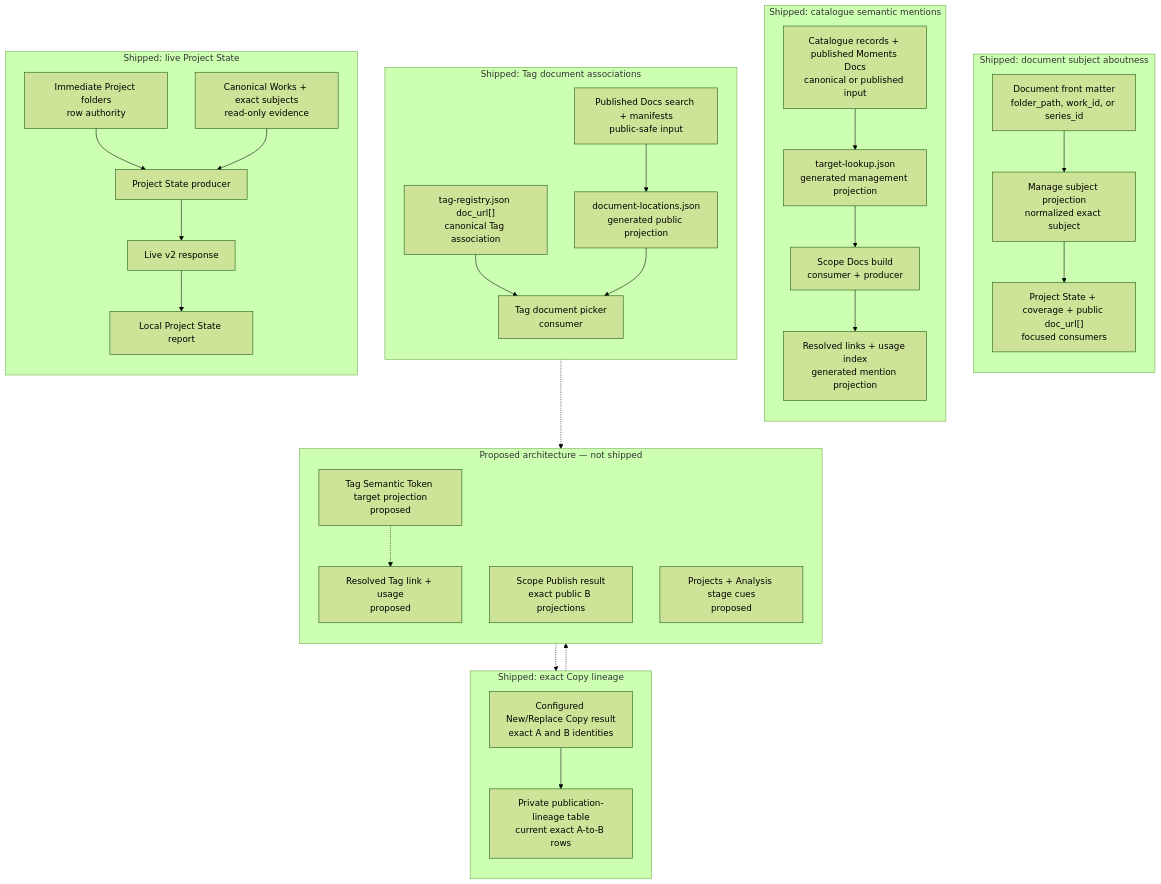
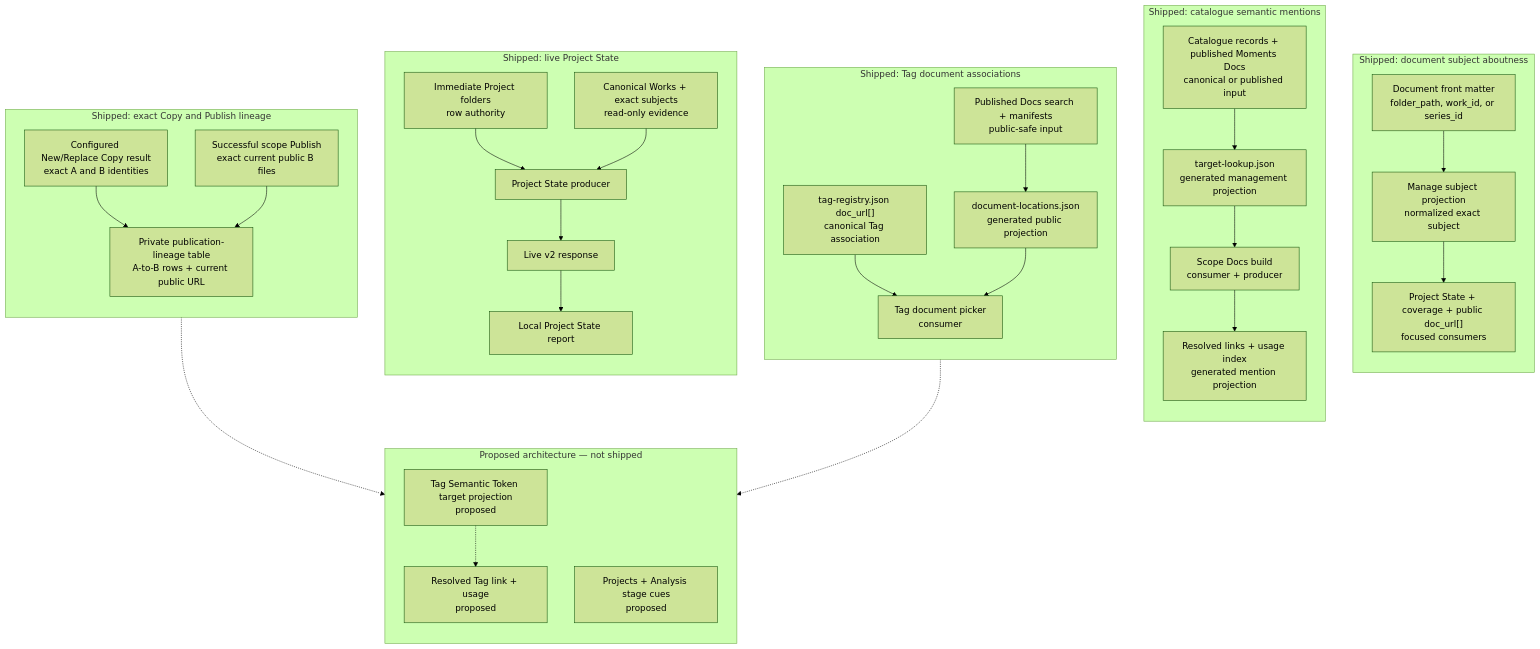
The diagram in docs-viewer/scopes/studio/source/documents/d-20260802-205912-16bc10.md (dotlineform/dotlineform-site), drawn with Mermaid (forest theme) before and after one commit. The commit also changed other lines of this file and 22 other files, not shown here.

Commit message:
SSP-7.3 — Reconcile Successful Publish

````diff
--- a/docs-viewer/scopes/studio/source/documents/d-20260802-205912-16bc10.md
+++ b/docs-viewer/scopes/studio/source/documents/d-20260802-205912-16bc10.md
@@ -19,60 +19,61 @@
 ```mermaid
 flowchart TB
     accTitle: Current cross-system relationship projections
-    accDescr: Subject aboutness, semantic mentions, Tag document locations, live Project State reporting, shipped Copy lineage, and proposed public reconciliation remain separate products with explicit authorities.
+    accDescr: Subject aboutness, semantic mentions, Tag document locations, live Project State reporting, shipped Copy and Publish lineage, and proposed publication cues remain separate products with explicit authorities.
 
     subgraph subjects["Shipped: document subject aboutness"]
         direction TB
         sourceSubjects["Document front matter<br/>folder_path, work_id, or series_id"]
         subjectProjection["Manage subject projection<br/>normalized exact subject"]
         aboutConsumers["Project State + coverage + public doc_url[]<br/>focused consumers"]
         sourceSubjects --> subjectProjection --> aboutConsumers
     end
 
     subgraph semantic["Shipped: catalogue semantic mentions"]
         direction TB
         catalogue["Catalogue records + published Moments Docs<br/>canonical or published input"]
         targetLookup["target-lookup.json<br/>generated management projection"]
         docsBuild["Scope Docs build<br/>consumer + producer"]
         rendered["Resolved links + usage index<br/>generated mention projection"]
         catalogue --> targetLookup --> docsBuild --> rendered
     end
 
     subgraph tags["Shipped: Tag document associations"]
         direction TB
         registry["tag-registry.json doc_url[]<br/>canonical Tag association"]
         publishedDocs["Published Docs search + manifests<br/>public-safe input"]
         locations["document-locations.json<br/>generated public projection"]
         picker["Tag document picker<br/>consumer"]
         registry --> picker
         publishedDocs --> locations --> picker
     end
 
     subgraph project["Shipped: live Project State"]
         direction TB
         projectFolders["Immediate Project folders<br/>row authority"]
         projectEvidence["Canonical Works + exact subjects<br/>read-only evidence"]
         projectState["Project State producer"]
         projectResponse["Live v2 response"]
         projectReport["Local Project State report"]
         projectFolders --> projectState
         projectEvidence --> projectState --> projectResponse --> projectReport
     end
 
-    subgraph copyLineage["Shipped: exact Copy lineage"]
+    subgraph copyLineage["Shipped: exact Copy and Publish lineage"]
         direction TB
         copyResult["Configured New/Replace Copy result<br/>exact A and B identities"]
-        publicationLineage["Private publication-lineage table<br/>current exact A-to-B rows"]
+        publishResult["Successful scope Publish<br/>exact current public B files"]
+        publicationLineage["Private publication-lineage table<br/>A-to-B rows + current public URL"]
         copyResult --> publicationLineage
+        publishResult --> publicationLineage
     end
 
     subgraph proposed["Proposed architecture — not shipped"]
         direction TB
         tagTokens["Tag Semantic Token target projection<br/>proposed"]
         tagOutput["Resolved Tag link + usage<br/>proposed"]
-        publishResult["Scope Publish result<br/>exact public B projections"]
         publicationCues["Projects + Analysis stage cues<br/>proposed"]
         registry -.-> tagTokens -.-> tagOutput
-        publishResult -.-> publicationLineage -.-> publicationCues
+        publicationLineage -.-> publicationCues
     end
 ```
````
